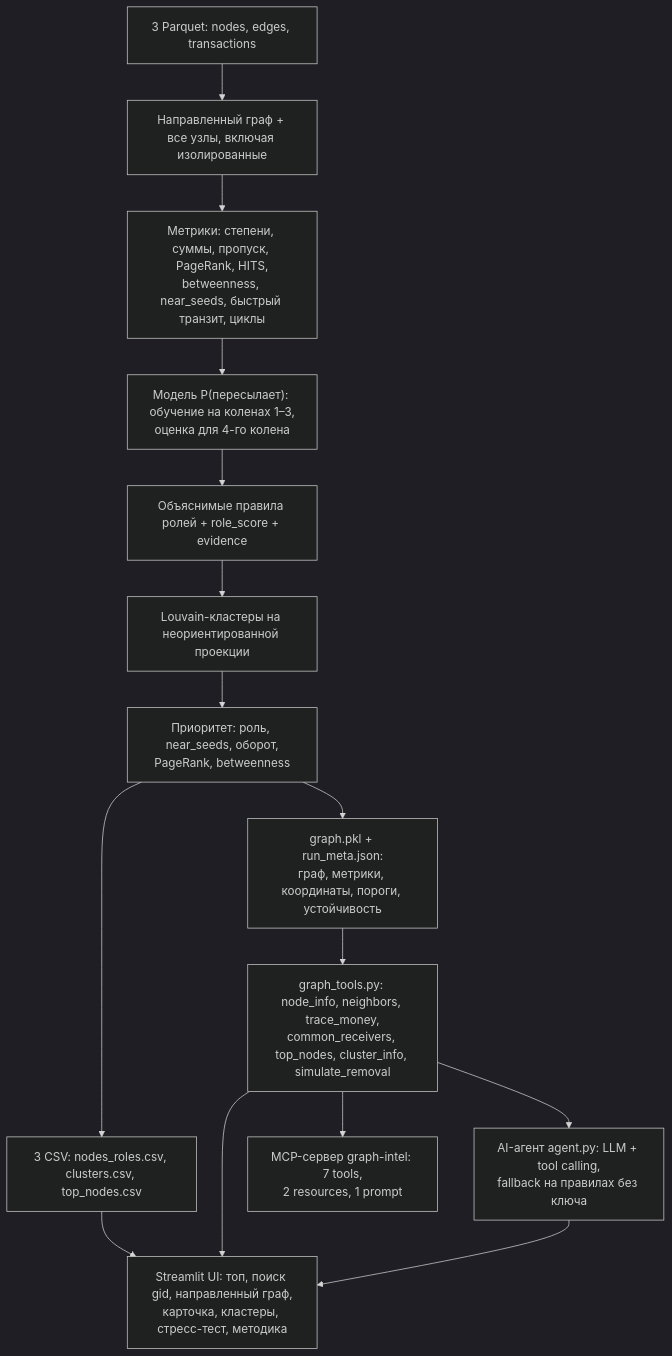
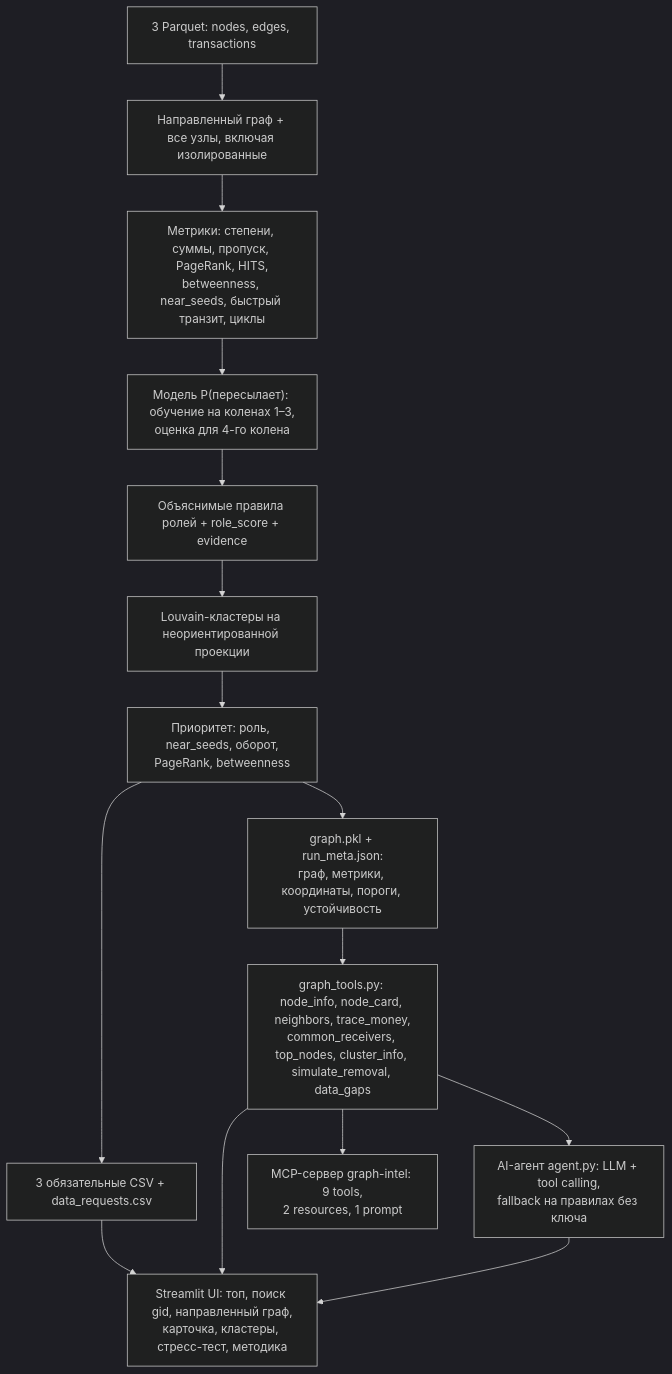
The diagram in docs/architecture.md (BAITC-Hacks/hack-4db729d3-sco-alasha), drawn with Mermaid (dark theme) before and after one commit. The commit also changed other lines of this file and 17 other files, not shown here.

Commit message:
feat: anomalies, structuring, data-gap requests, explain.py, requirements map

````diff
--- a/docs/architecture.md
+++ b/docs/architecture.md
@@ -9,17 +9,17 @@
 ```mermaid
 flowchart TD
     P["3 Parquet: nodes, edges, transactions"] --> G["Направленный граф + все узлы, включая изолированные"]
     G --> M["Метрики: степени, суммы, пропуск, PageRank, HITS,<br/>betweenness, near_seeds, быстрый транзит, циклы"]
     M --> F["Модель P(пересылает): обучение на коленах 1–3,<br/>оценка для 4-го колена"]
     F --> R["Объяснимые правила ролей + role_score + evidence"]
     R --> L["Louvain-кластеры на неориентированной проекции"]
     L --> S["Приоритет: роль, near_seeds, оборот,<br/>PageRank, betweenness"]
-    S --> C["3 CSV: nodes_roles.csv, clusters.csv, top_nodes.csv"]
+    S --> C["3 обязательные CSV + data_requests.csv"]
     S --> A["graph.pkl + run_meta.json:<br/>граф, метрики, координаты, пороги, устойчивость"]
-    A --> T["graph_tools.py: node_info, neighbors, trace_money,<br/>common_receivers, top_nodes, cluster_info, simulate_removal"]
+    A --> T["graph_tools.py: node_info, node_card, neighbors, trace_money,<br/>common_receivers, top_nodes, cluster_info, simulate_removal, data_gaps"]
     C --> U["Streamlit UI: топ, поиск gid, направленный граф,<br/>карточка, кластеры, стресс-тест, методика"]
     T --> U
     T --> AI["AI-агент agent.py: LLM + tool calling,<br/>fallback на правилах без ключа"]
-    T --> MCP["MCP-сервер graph-intel: 7 tools,<br/>2 resources, 1 prompt"]
+    T --> MCP["MCP-сервер graph-intel: 9 tools,<br/>2 resources, 1 prompt"]
     AI --> U
 ```
````
